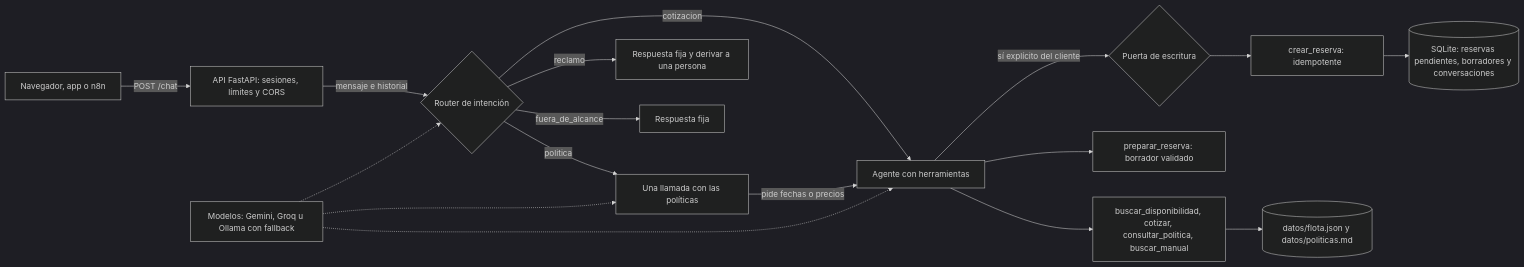
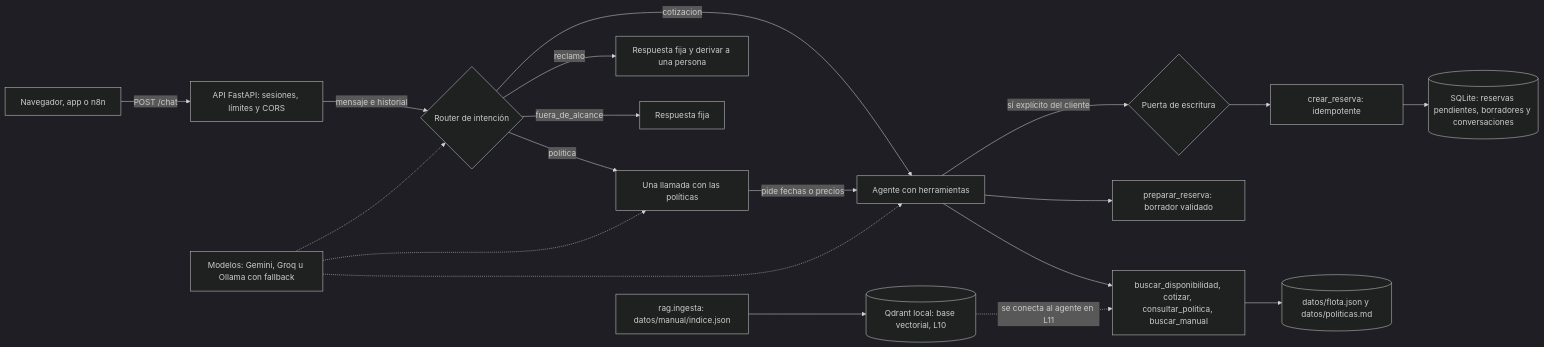
Before and after one commit to JaimeLopezGarrido/asistente-flota-mcp: the diagram in README.md, drawn with Mermaid (dark theme). The commit also changed other lines of this file and 9 other files, not shown here.

First line of the commit message:
Leccion/L10: base vectorial local con Qdrant (#60)

````diff
--- a/README.md
+++ b/README.md
@@ -36,19 +37,21 @@
 ```mermaid
 flowchart LR
   W[Navegador, app o n8n] -->|POST /chat| API[API FastAPI: sesiones, límites y CORS]
   API -->|mensaje e historial| R{Router de intención}
   R -->|politica| P[Una llamada con las políticas]
   R -->|cotizacion| A[Agente con herramientas]
   R -->|reclamo| H[Respuesta fija y derivar a una persona]
   R -->|fuera_de_alcance| F[Respuesta fija]
   P -->|pide fechas o precios| A
   A --> T[buscar_disponibilidad, cotizar, consultar_politica, buscar_manual]
   A --> PR[preparar_reserva: borrador validado]
   A -->|sí explícito del cliente| G{Puerta de escritura}
   G --> CR[crear_reserva: idempotente]
   CR --> RR[(SQLite: reservas pendientes, borradores y conversaciones)]
   T --> D[(datos/flota.json y datos/politicas.md)]
+  I[rag.ingesta: datos/manual/indice.json] --> V[(Qdrant local: base vectorial, L10)]
+  V -.->|se conecta al agente en L11| T
   M[Modelos: Gemini, Groq u Ollama con fallback] -.-> R
   M -.-> P
   M -.-> A
 ```
````
